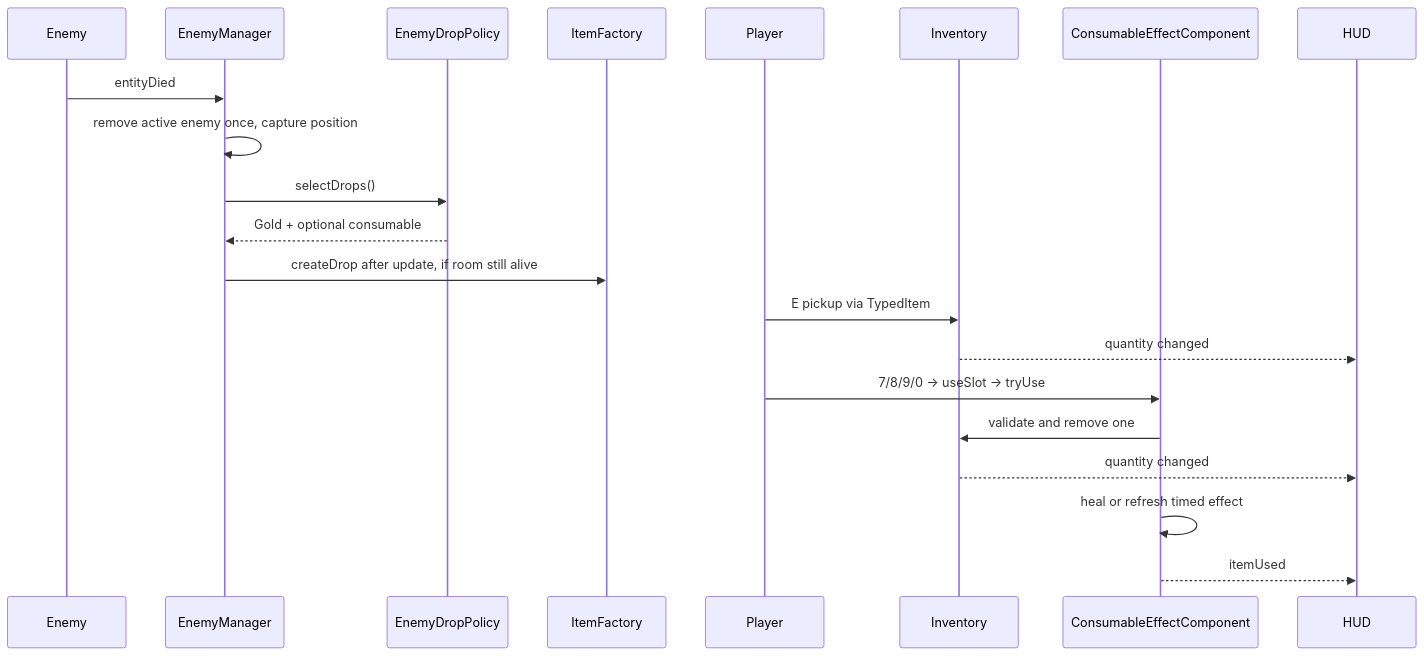
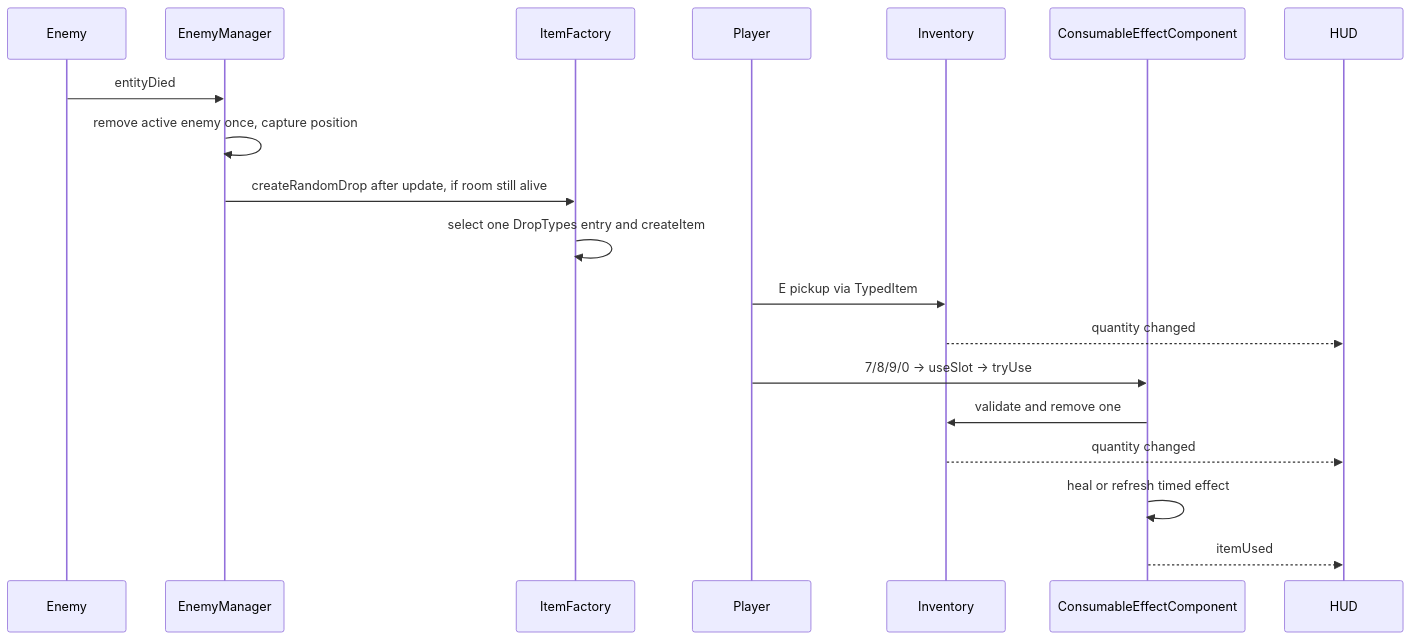
One commit to UQcsse3200/2026-studio-4 changed the second of 2 diagrams in source/docs/team5-consumables-currency-sprint2-wiki-draft.md. Above: the diagram before and after it, drawn with Mermaid. The commit also changed other lines of this file and 8 other files, not shown here.

Commit message:
Use Team 4 shared random drop pool for consumables and currency

````diff
--- a/source/docs/team5-consumables-currency-sprint2-wiki-draft.md
+++ b/source/docs/team5-consumables-currency-sprint2-wiki-draft.md
@@ -52,23 +50,21 @@
 ```mermaid
 sequenceDiagram
   participant Enemy
   participant Room as EnemyManager
-  participant Policy as EnemyDropPolicy
   participant Factory as ItemFactory
   participant Player
   participant Inventory
   participant Effects as ConsumableEffectComponent
   participant HUD
   Enemy->>Room: entityDied
   Room->>Room: remove active enemy once, capture position
-  Room->>Policy: selectDrops()
-  Policy-->>Room: Gold + optional consumable
-  Room->>Factory: createDrop after update, if room still alive
+  Room->>Factory: createRandomDrop after update, if room still alive
+  Factory->>Factory: select one DropTypes entry and createItem
   Player->>Inventory: E pickup via TypedItem
   Inventory-->>HUD: quantity changed
   Player->>Effects: 7/8/9/0 → useSlot → tryUse
   Effects->>Inventory: validate and remove one
   Inventory-->>HUD: quantity changed
   Effects->>Effects: heal or refresh timed effect
   Effects-->>HUD: itemUsed
 ```
````
